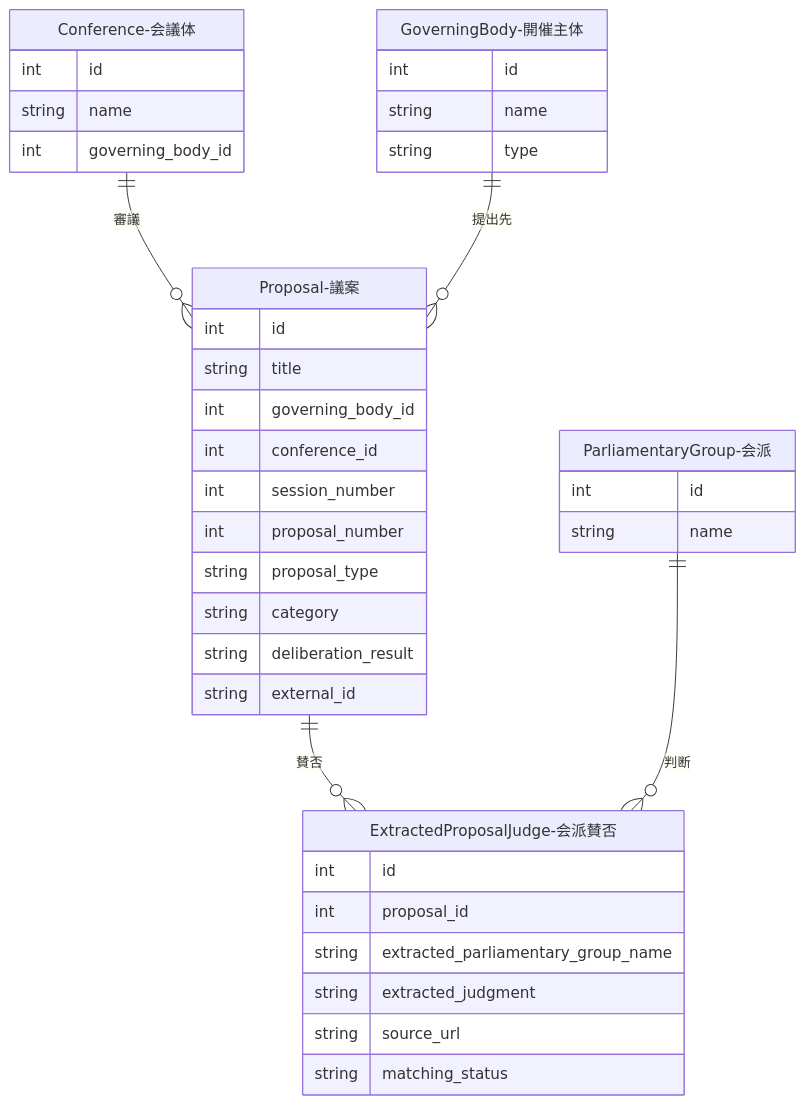
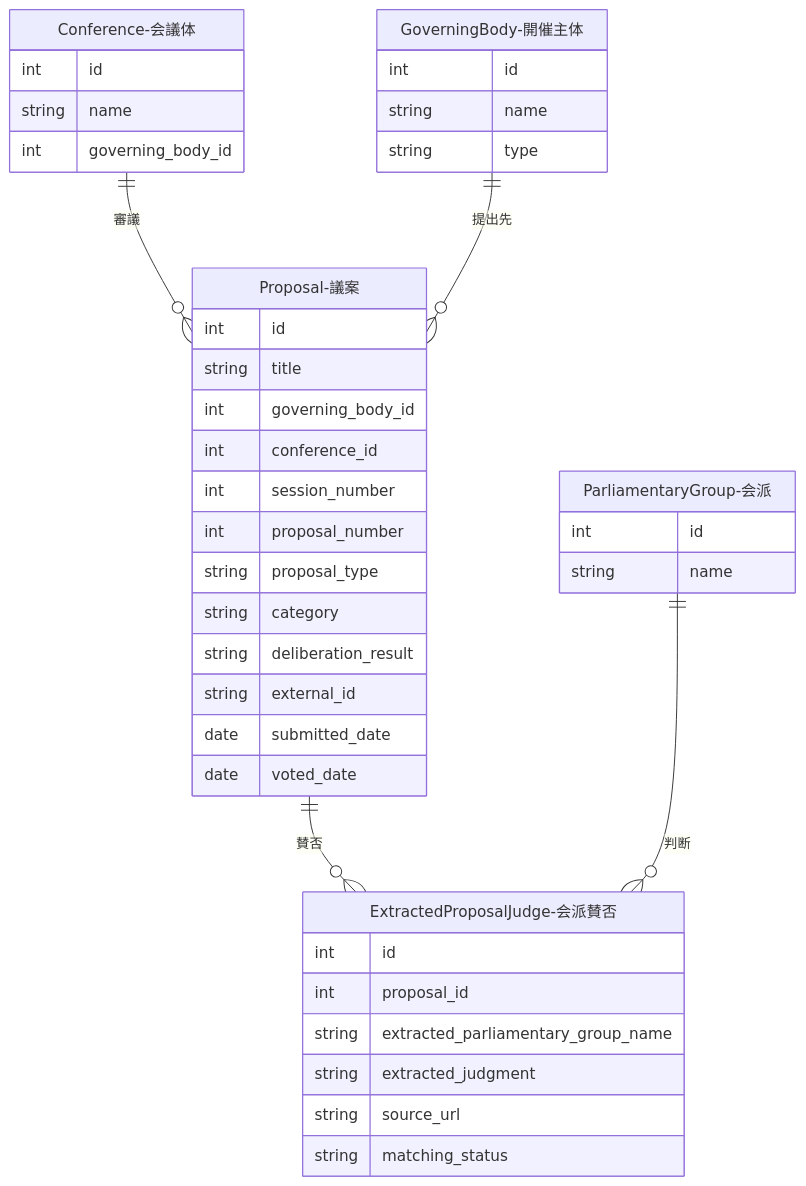
Before and after one commit to sage-base/corporation-docs: the first of 3 diagrams in docs/development/data-creation/proposal.md, drawn with Mermaid. The commit also changed other lines of this file and 3 other files, not shown here.

````diff
--- a/docs/development/data-creation/proposal.md
+++ b/docs/development/data-creation/proposal.md
@@ -73,46 +73,48 @@
 ```mermaid
 erDiagram
     Conference-会議体 ||--o{ Proposal-議案 : "審議"
     GoverningBody-開催主体 ||--o{ Proposal-議案 : "提出先"
     Proposal-議案 ||--o{ ExtractedProposalJudge-会派賛否 : "賛否"
     ParliamentaryGroup-会派 ||--o{ ExtractedProposalJudge-会派賛否 : "判断"
 
     GoverningBody-開催主体 {
         int id
         string name
         string type
     }
 
     Conference-会議体 {
         int id
         string name
         int governing_body_id
     }
 
     Proposal-議案 {
         int id
         string title
         int governing_body_id
         int conference_id
         int session_number
         int proposal_number
         string proposal_type
         string category
         string deliberation_result
         string external_id
+        date submitted_date
+        date voted_date
     }
 
     ExtractedProposalJudge-会派賛否 {
         int id
         int proposal_id
         string extracted_parliamentary_group_name
         string extracted_judgment
         string source_url
         string matching_status
     }
 
     ParliamentaryGroup-会派 {
         int id
         string name
     }
 ```
````
